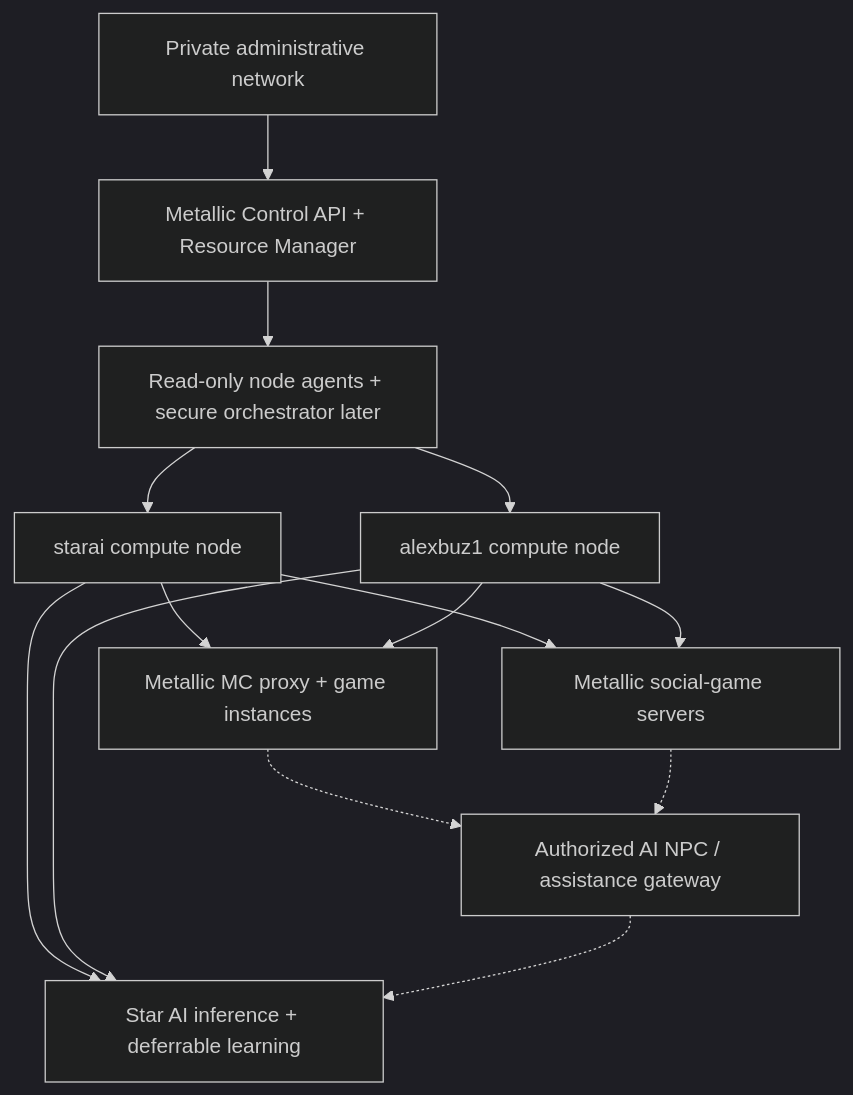
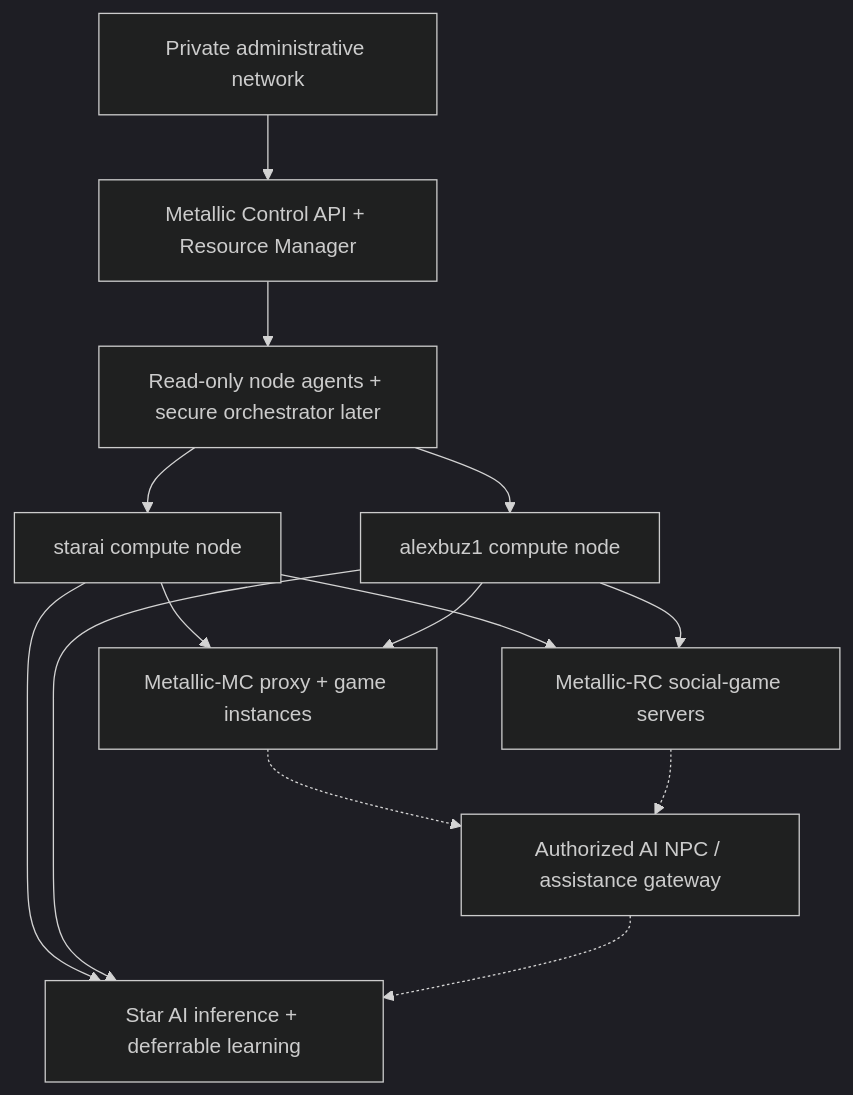
Before and after one commit to oncoursemail/Metallic-MC: the diagram in docs/shared-platform.md, drawn with Mermaid (dark theme). The commit also changed other lines of this file and 14 other files, not shown here.

````diff
--- a/docs/shared-platform.md
+++ b/docs/shared-platform.md
@@ -11,16 +11,16 @@
 ```mermaid
 flowchart TB
    PRIVATE[Private administrative network] --> CONTROL[Metallic Control API + Resource Manager]
    CONTROL --> AGENTS[Read-only node agents + secure orchestrator later]
    AGENTS --> S1[starai compute node]
    AGENTS --> S2[alexbuz1 compute node]
    S1 --> AI[Star AI inference + deferrable learning]
    S2 --> AI
-   S1 --> MC[Metallic MC proxy + game instances]
+   S1 --> MC[Metallic-MC proxy + game instances]
    S2 --> MC
-   S1 --> REC[Metallic social-game servers]
+   S1 --> REC[Metallic-RC social-game servers]
    S2 --> REC
    MC -.-> AI_BRIDGE[Authorized AI NPC / assistance gateway]
    REC -.-> AI_BRIDGE
    AI_BRIDGE -.-> AI
 ```
````
